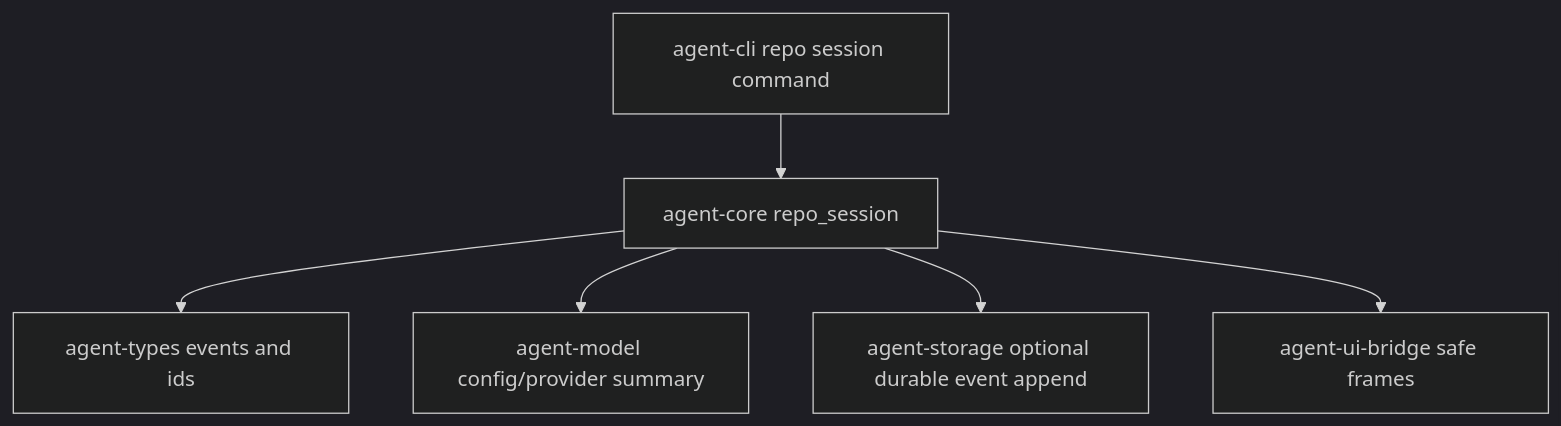
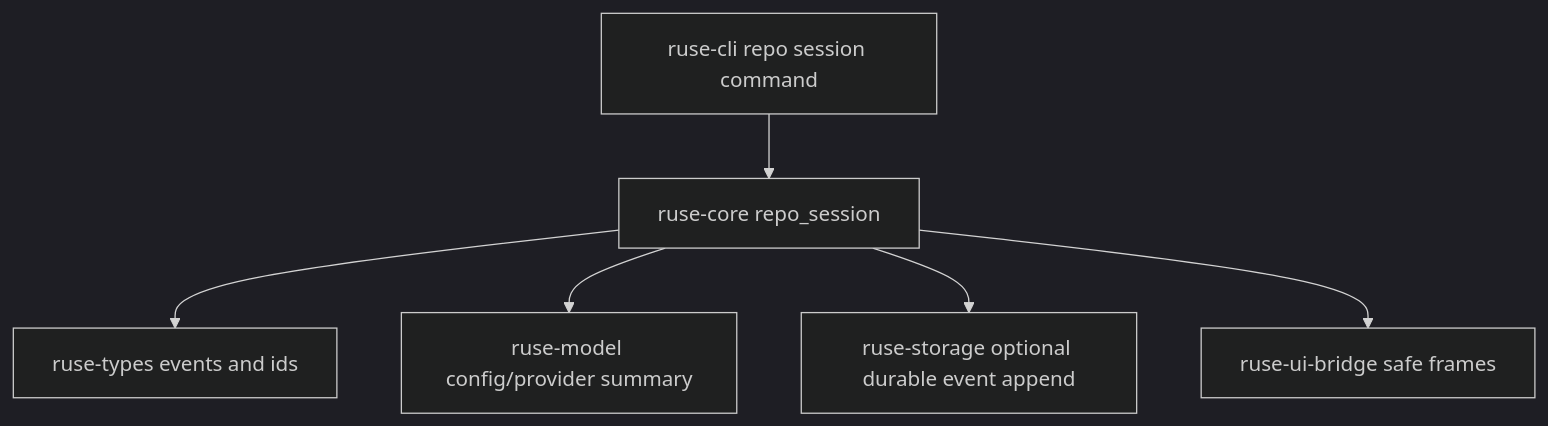
One commit to poneding/agent changed the diagram in docs/specs/M56-01-repo-session-bootstrap.spec.md. Above: the diagram before and after it, drawn with Mermaid (dark theme). The commit also changed other lines of this file and 2091 other files, not shown here.

First line of the commit message:
refactor: rename agent branding to ruse

````diff
--- a/docs/specs/M56-01-repo-session-bootstrap.spec.md
+++ b/docs/specs/M56-01-repo-session-bootstrap.spec.md
@@ -35,8 +35,8 @@
 ```mermaid
 flowchart TD
-  CLI["agent-cli repo session command"] --> Core["agent-core repo_session"]
-  Core --> Types["agent-types events and ids"]
-  Core --> Model["agent-model config/provider summary"]
-  Core --> Storage["agent-storage optional durable event append"]
-  Core --> Bridge["agent-ui-bridge safe frames"]
+  CLI["ruse-cli repo session command"] --> Core["ruse-core repo_session"]
+  Core --> Types["ruse-types events and ids"]
+  Core --> Model["ruse-model config/provider summary"]
+  Core --> Storage["ruse-storage optional durable event append"]
+  Core --> Bridge["ruse-ui-bridge safe frames"]
 ```
````
